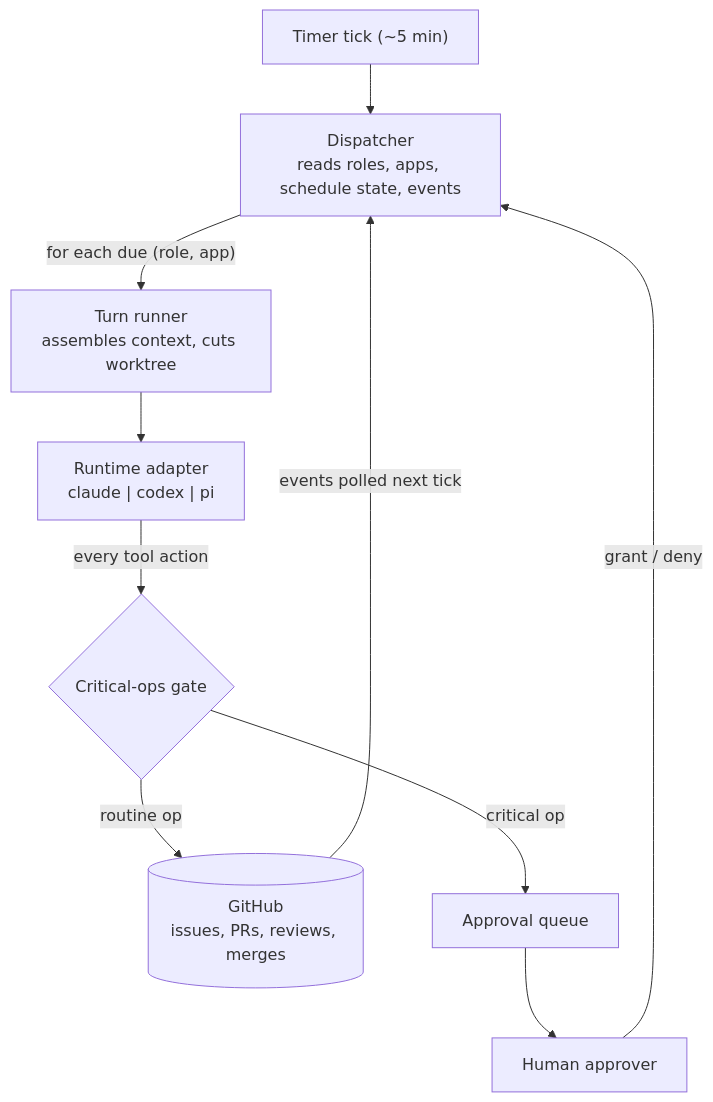
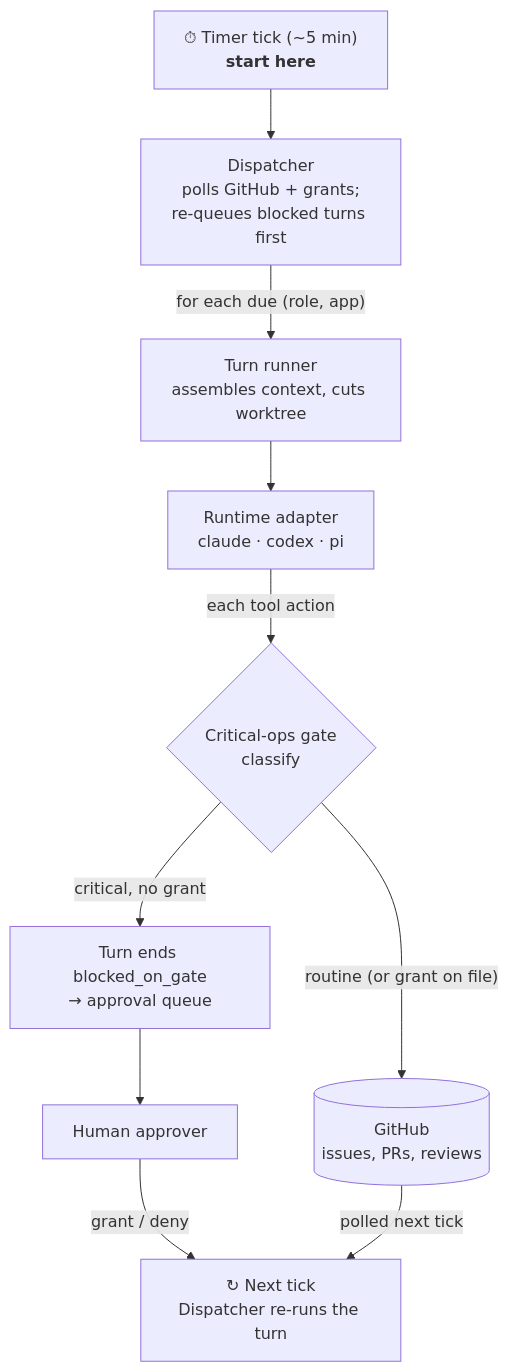
One commit to buildstacks-dev/Cormidia changed the diagram in README.md. Above: the diagram before and after it, drawn with Mermaid. The commit also changed other lines of this file and 76 other files, not shown here.

````diff
--- a/README.md
+++ b/README.md
@@ -7,12 +7,12 @@
 ```mermaid
 flowchart TD
-    T["Timer tick (~5 min)"] --> D["Dispatcher<br/>reads roles, apps, schedule state, events"]
+    T["⏱ Timer tick (~5 min)<br/><b>start here</b>"] --> D["Dispatcher<br/>polls GitHub + grants;<br/>re-queues blocked turns first"]
     D -->|"for each due (role, app)"| R["Turn runner<br/>assembles context, cuts worktree"]
-    R --> A["Runtime adapter<br/>claude | codex | pi"]
-    A -->|"every tool action"| G{"Critical-ops gate"}
-    G -->|"routine op"| GH[("GitHub<br/>issues, PRs, reviews, merges")]
-    G -->|"critical op"| Q["Approval queue"]
-    Q --> H["Human approver"]
-    H -->|"grant / deny"| D
-    GH -->|"events polled next tick"| D
+    R --> A["Runtime adapter<br/>claude · codex · pi"]
+    A -->|"each tool action"| G{"Critical-ops gate<br/>classify"}
+    G -->|"routine (or grant on file)"| GH[("GitHub<br/>issues, PRs, reviews")]
+    G -->|"critical, no grant"| B["Turn ends blocked_on_gate<br/>→ approval queue"]
+    B --> H["Human approver"]
+    H -->|"grant / deny"| N["↻ Next tick<br/>Dispatcher re-runs the turn"]
+    GH -->|"polled next tick"| N
 ```
````
